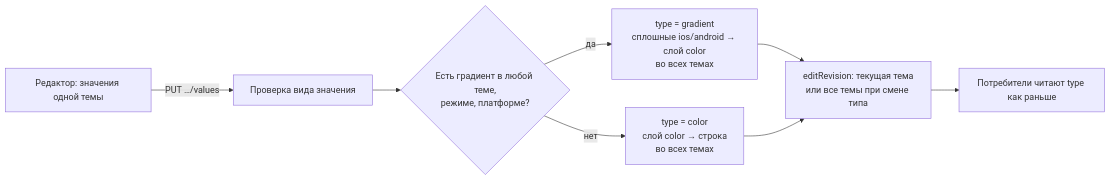
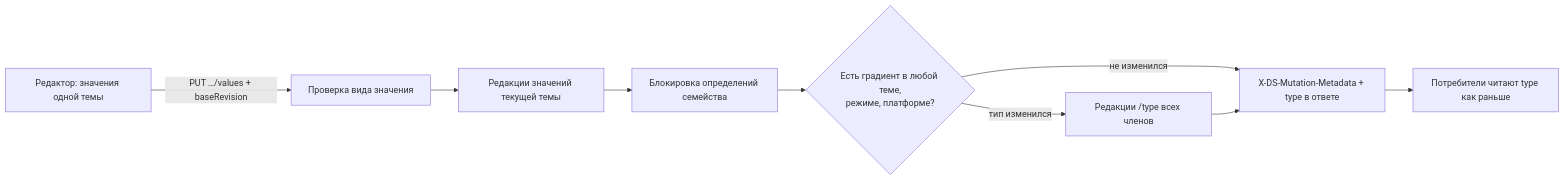
One commit to salute-developers/design-system-builder changed the diagram in openspec/changes/add-color-token-gradients/design.md. Above: the diagram before and after it, drawn with Mermaid. The commit also changed other lines of this file and 6 other files, not shown here.

````diff
--- a/openspec/changes/add-color-token-gradients/design.md
+++ b/openspec/changes/add-color-token-gradients/design.md
@@ -35,9 +57,11 @@
 ```mermaid
 flowchart LR
-  E[Редактор: значения одной темы] -->|PUT …/values| V[Проверка вида значения]
-  V --> K{Есть градиент в любой теме,<br/>режиме, платформе?}
-  K -->|да| G[type = gradient<br/>сплошные ios/android → слой color<br/>во всех темах]
-  K -->|нет| C[type = color<br/>слой color → строка<br/>во всех темах]
-  G & C --> R[editRevision: текущая тема<br/>или все темы при смене типа]
-  R --> P[Потребители читают type как раньше]
+  E[Редактор: значения одной темы] -->|PUT …/values + baseRevision| V[Проверка вида значения]
+  V --> W[Редакции значений текущей темы]
+  W --> L[Блокировка определений семейства]
+  L --> K{Есть градиент в любой теме,<br/>режиме, платформе?}
+  K -->|тип изменился| T[Редакции /type всех членов]
+  K -->|не изменился| M
+  T --> M[X-DS-Mutation-Metadata + type в ответе]
+  M --> P[Потребители читают type как раньше]
 ```
````
